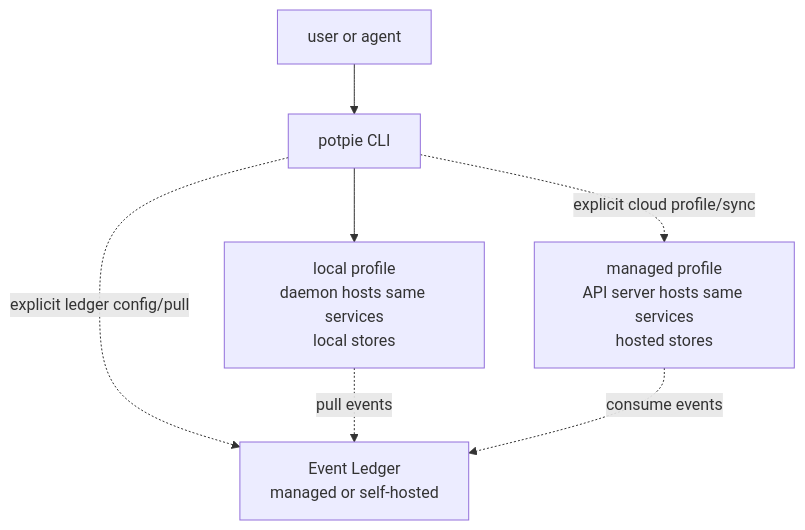
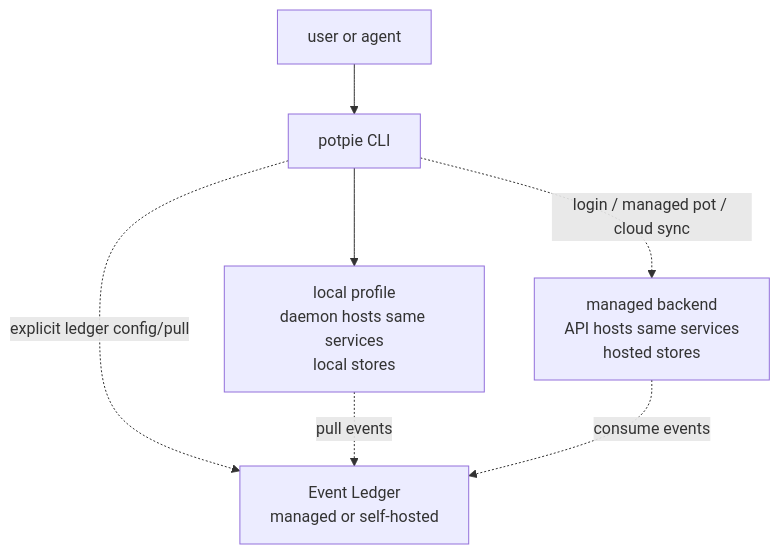
Before and after one commit to potpie-ai/potpie: the first of 2 diagrams in docs/context-graph/cli-flow.md, drawn with Mermaid. The commit also changed other lines of this file and 138 other files, not shown here.

````diff
--- a/docs/context-graph/cli-flow.md
+++ b/docs/context-graph/cli-flow.md
@@ -10,15 +10,15 @@
 ```mermaid
 flowchart TB
   cg_user["user or agent"]
   cg_cli["potpie CLI"]
   cg_local_profile["local profile<br/>daemon hosts same services<br/>local stores"]
-  cg_managed_profile["managed profile<br/>API server hosts same services<br/>hosted stores"]
+  cg_managed_profile["managed backend<br/>API hosts same services<br/>hosted stores"]
   cg_ledger["Event Ledger<br/>managed or self-hosted"]
 
   cg_user --> cg_cli
   cg_cli --> cg_local_profile
-  cg_cli -. "explicit cloud profile/sync" .-> cg_managed_profile
+  cg_cli -. "login / managed pot / cloud sync" .-> cg_managed_profile
   cg_cli -. "explicit ledger config/pull" .-> cg_ledger
   cg_local_profile -. "pull events" .-> cg_ledger
   cg_managed_profile -. "consume events" .-> cg_ledger
 ```
````
